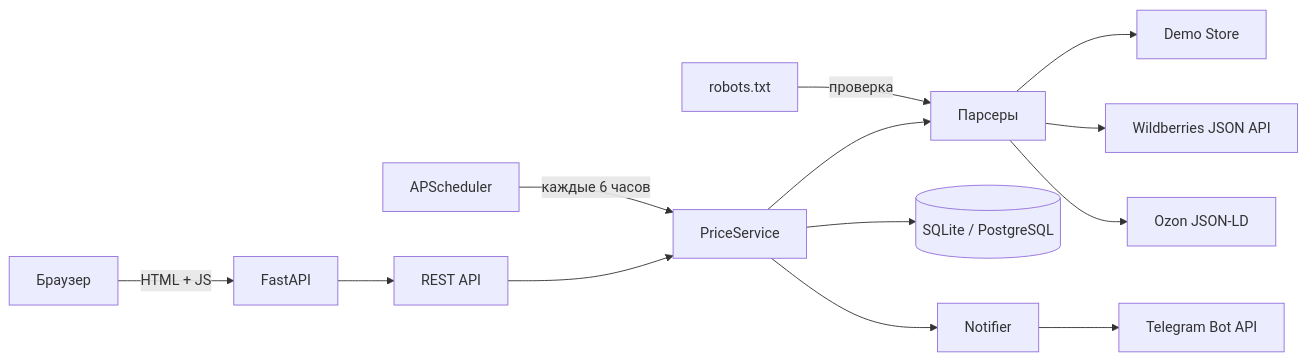
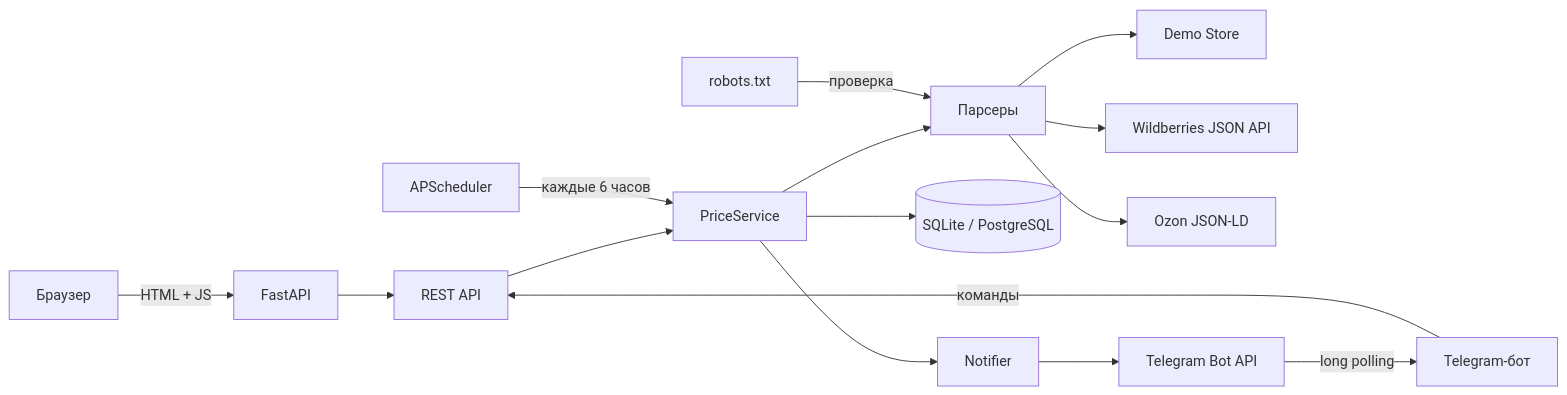
One commit to HBBoy102011/price-pulse changed the first of 2 diagrams in README.md. Above: the diagram before and after it, drawn with Mermaid. The commit also changed other lines of this file and 31 other files, not shown here.

````diff
--- a/README.md
+++ b/README.md
@@ -154,15 +194,17 @@
 ```mermaid
 flowchart LR
     U[Браузер] -->|HTML + JS| W[FastAPI]
     W --> API[REST API]
     API --> S[PriceService]
     S --> P[Парсеры]
     P --> D[Demo Store]
     P --> WB[Wildberries JSON API]
     P --> OZ[Ozon JSON-LD]
     S --> DB[(SQLite / PostgreSQL)]
     S --> N[Notifier]
     N --> TG[Telegram Bot API]
+    B[Telegram-бот] -->|команды| API
+    TG -->|long polling| B
     SCH[APScheduler] -->|каждые 6 часов| S
     R[robots.txt] -->|проверка| P
 ```
````
